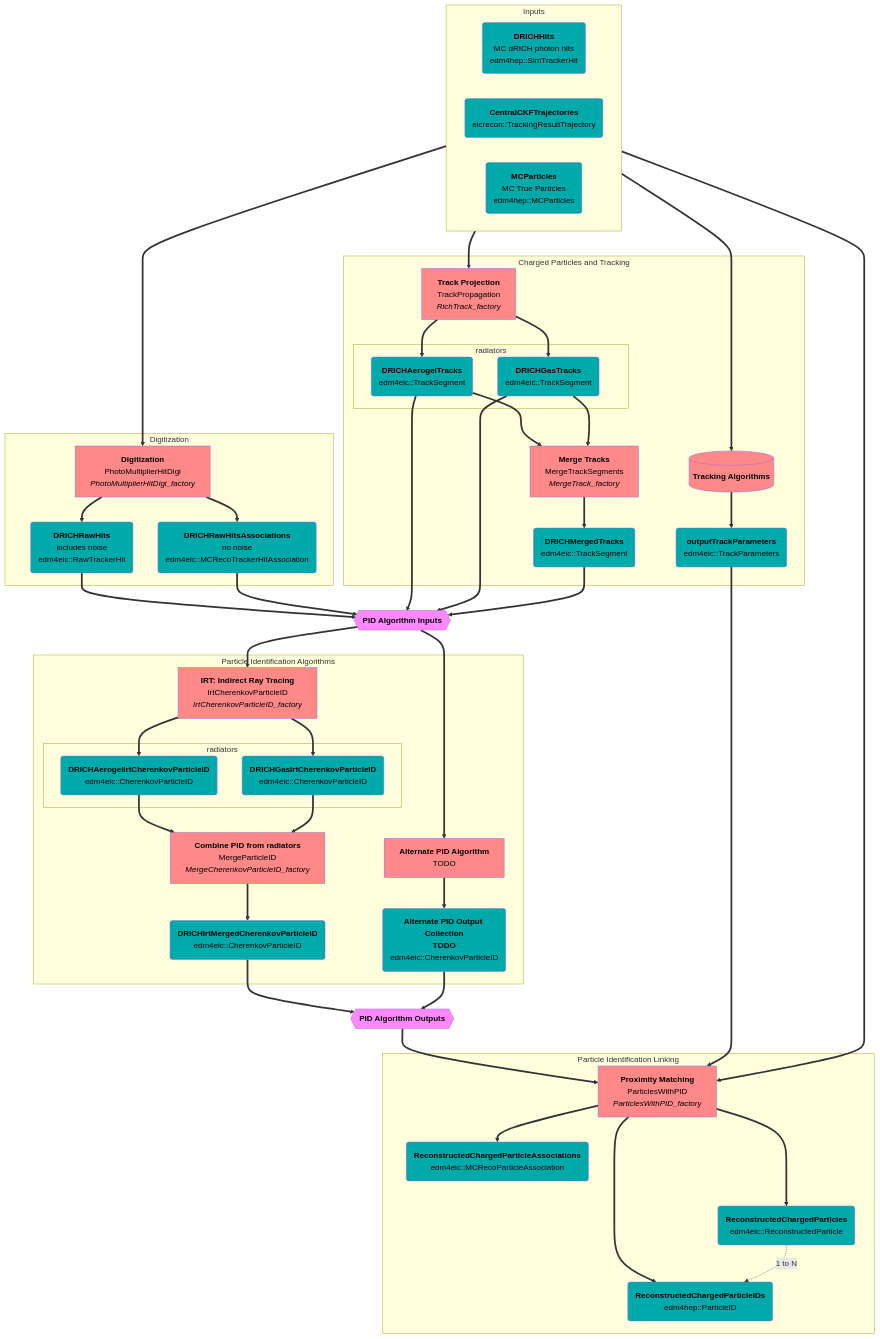
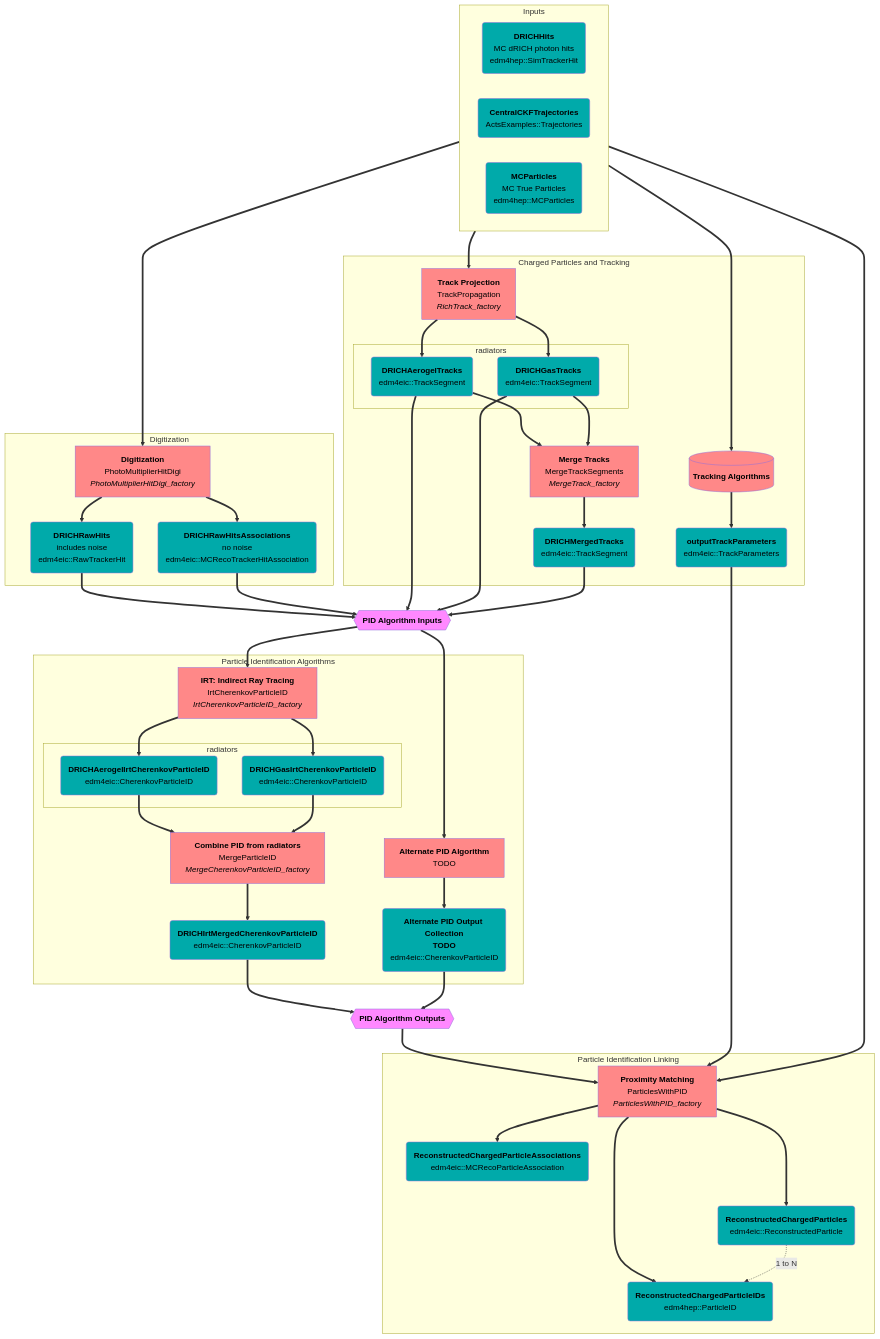
Before and after one commit to eic/EICrecon: the second of 5 diagrams in src/detectors/DRICH/README.md, drawn with Mermaid. The commit also changed 56 other files, not shown here.

```diff
--- a/src/detectors/DRICH/README.md
+++ b/src/detectors/DRICH/README.md
@@ -30,7 +30,7 @@
   subgraph Inputs
     direction LR
     SimHits(<strong>DRICHHits</strong><br/>MC dRICH photon hits<br/>edm4hep::SimTrackerHit):::col
-    Trajectories(<strong>CentralCKFTrajectories</strong><br/>eicrecon::TrackingResultTrajectory):::col
+    Trajectories(<strong>CentralCKFTrajectories</strong><br/>ActsExamples::Trajectories):::col
     MCParts(<strong>MCParticles</strong><br/>MC True Particles<br/>edm4hep::MCParticles):::col
   end
 
```
